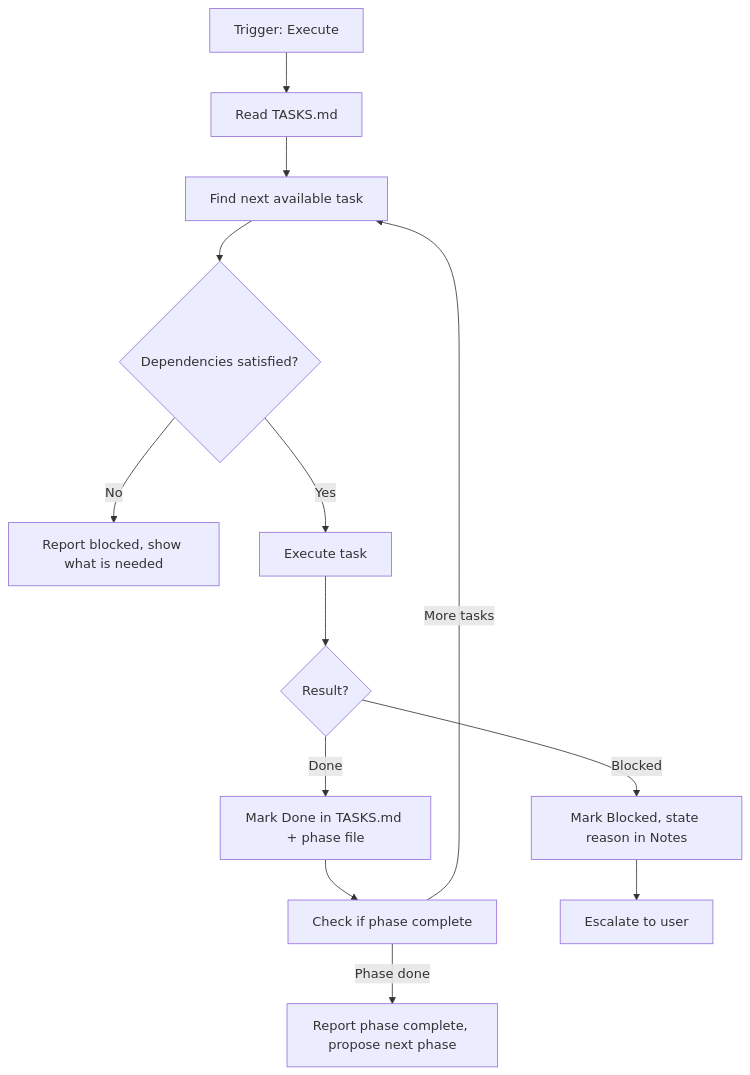
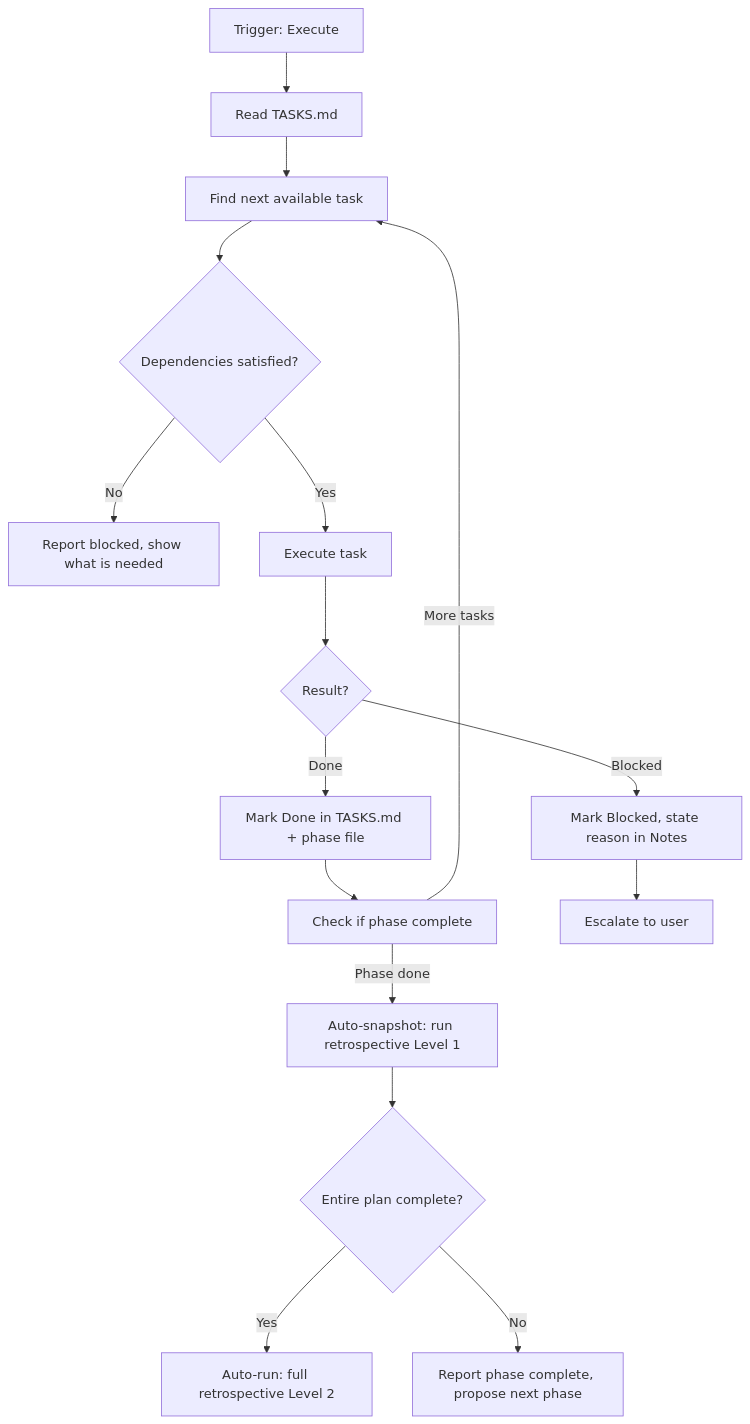
Before and after one commit to teratron/bevy-launchpad: the second of 3 diagrams in .magic/task.md, drawn with Mermaid. The commit also changed other lines of this file and 3 other files, not shown here.

````diff
--- a/.magic/task.md
+++ b/.magic/task.md
@@ -190,15 +190,18 @@
 ```mermaid
 graph TD
     A[Trigger: Execute] --> B[Read TASKS.md]
     B --> C[Find next available task]
     C --> D{Dependencies satisfied?}
     D -->|No| E[Report blocked, show what is needed]
     D -->|Yes| F[Execute task]
     F --> G{Result?}
     G -->|Done| H[Mark Done in TASKS.md + phase file]
     G -->|Blocked| I[Mark Blocked, state reason in Notes]
     H --> J[Check if phase complete]
-    J -->|Phase done| K[Report phase complete, propose next phase]
+    J -->|Phase done| K[Auto-snapshot: run retrospective Level 1]
+    K --> L{Entire plan complete?}
+    L -->|Yes| M[Auto-run: full retrospective Level 2]
+    L -->|No| N[Report phase complete, propose next phase]
     J -->|More tasks| C
-    I --> L[Escalate to user]
+    I --> O[Escalate to user]
 ```
````
